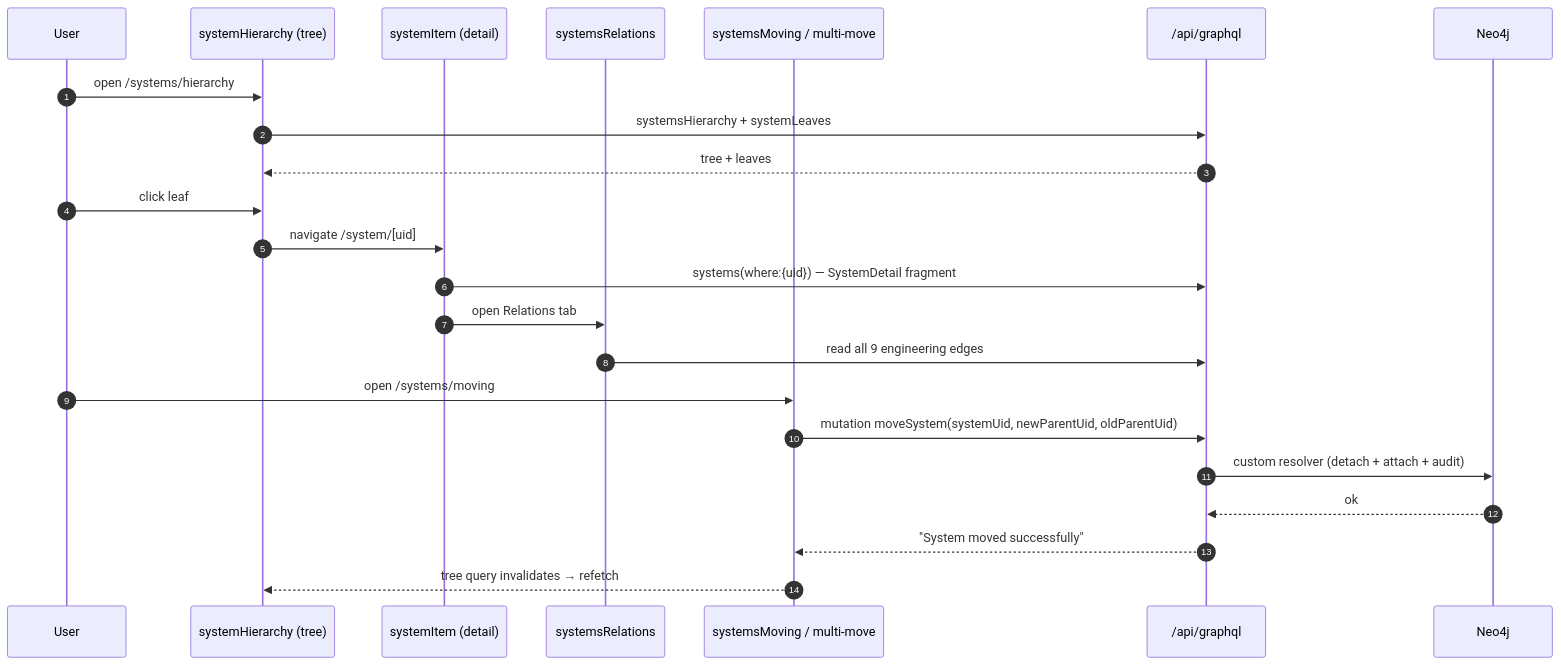
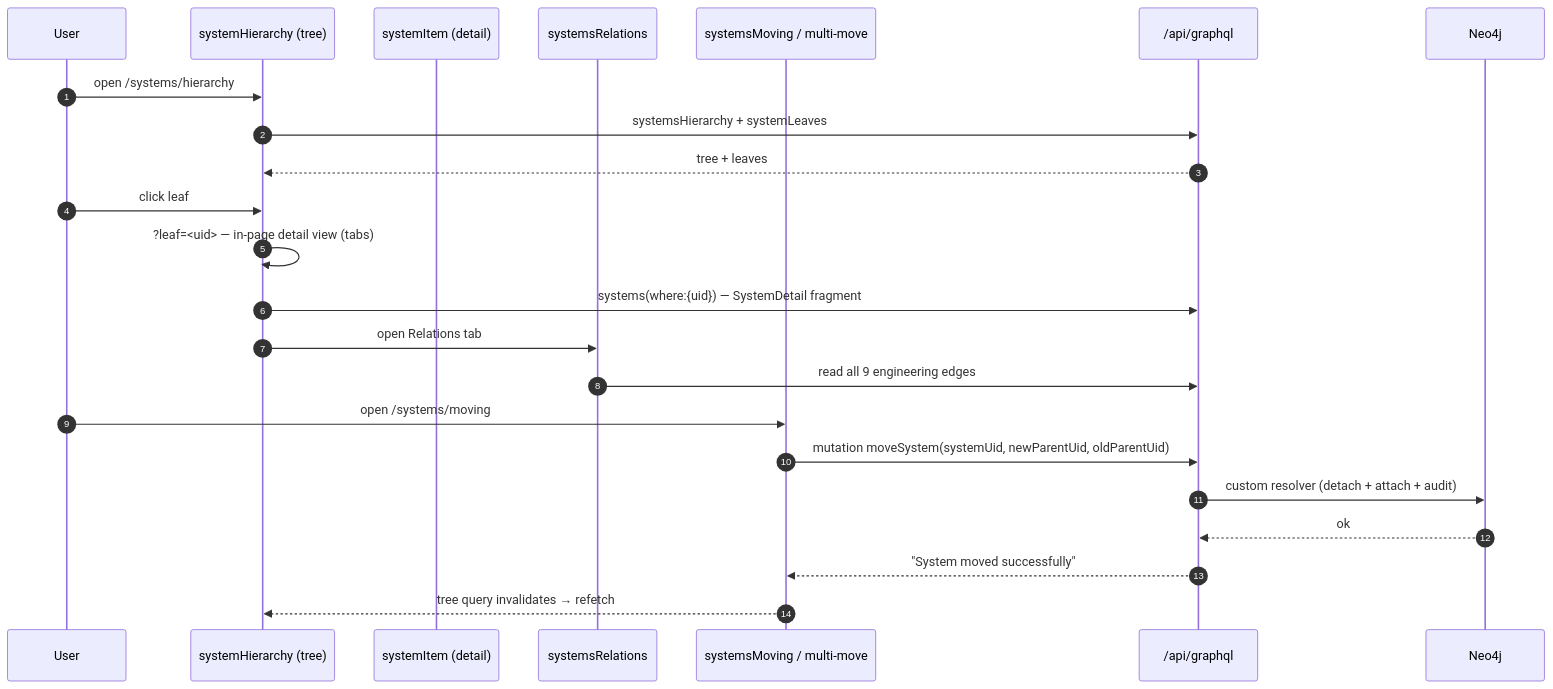
One commit to eli-eric/ELI-panda changed the third of 3 diagrams in docs/technical/systems-family/README.md. Above: the diagram before and after it, drawn with Mermaid. The commit also changed other lines of this file and 46 other files, not shown here.

First line of the commit message:
feat(systemHierarchy): deprecate systemItem, relink system links to hierarchy deep links

````diff
--- a/docs/technical/systems-family/README.md
+++ b/docs/technical/systems-family/README.md
@@ -174,26 +174,26 @@
 ```mermaid
 sequenceDiagram
     autonumber
     participant U as User
     participant Hier as systemHierarchy (tree)
     participant Item as systemItem (detail)
     participant Rel as systemsRelations
     participant Mov as systemsMoving / multi-move
     participant GQL as /api/graphql
     participant DB as Neo4j
 
     U->>Hier: open /systems/hierarchy
     Hier->>GQL: systemsHierarchy + systemLeaves
     GQL-->>Hier: tree + leaves
     U->>Hier: click leaf
-    Hier->>Item: navigate /system/[uid]
-    Item->>GQL: systems(where:{uid}) — SystemDetail fragment
-    Item->>Rel: open Relations tab
+    Hier->>Hier: ?leaf=<uid> — in-page detail view (tabs)
+    Hier->>GQL: systems(where:{uid}) — SystemDetail fragment
+    Hier->>Rel: open Relations tab
     Rel->>GQL: read all 9 engineering edges
     U->>Mov: open /systems/moving
     Mov->>GQL: mutation moveSystem(systemUid, newParentUid, oldParentUid)
     GQL->>DB: custom resolver (detach + attach + audit)
     DB-->>GQL: ok
     GQL-->>Mov: "System moved successfully"
     Mov-->>Hier: tree query invalidates → refetch
 ```
````
